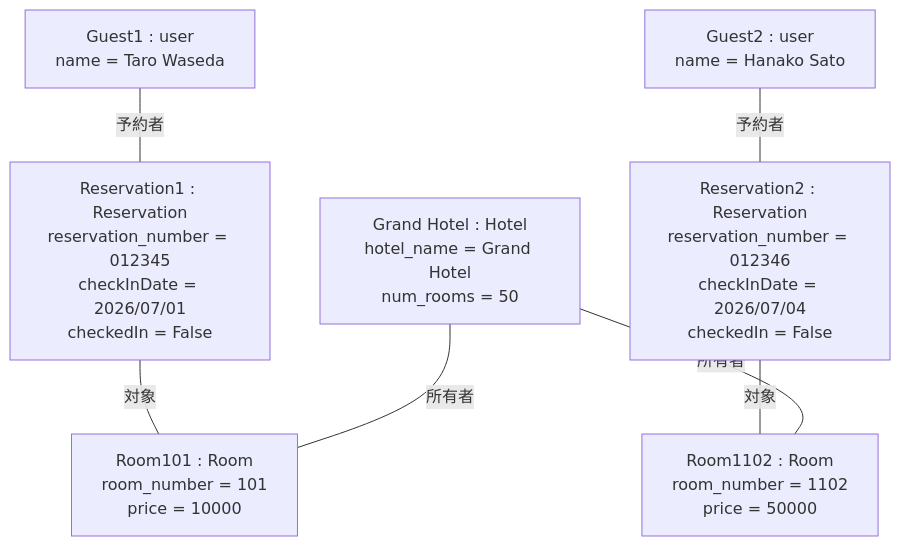
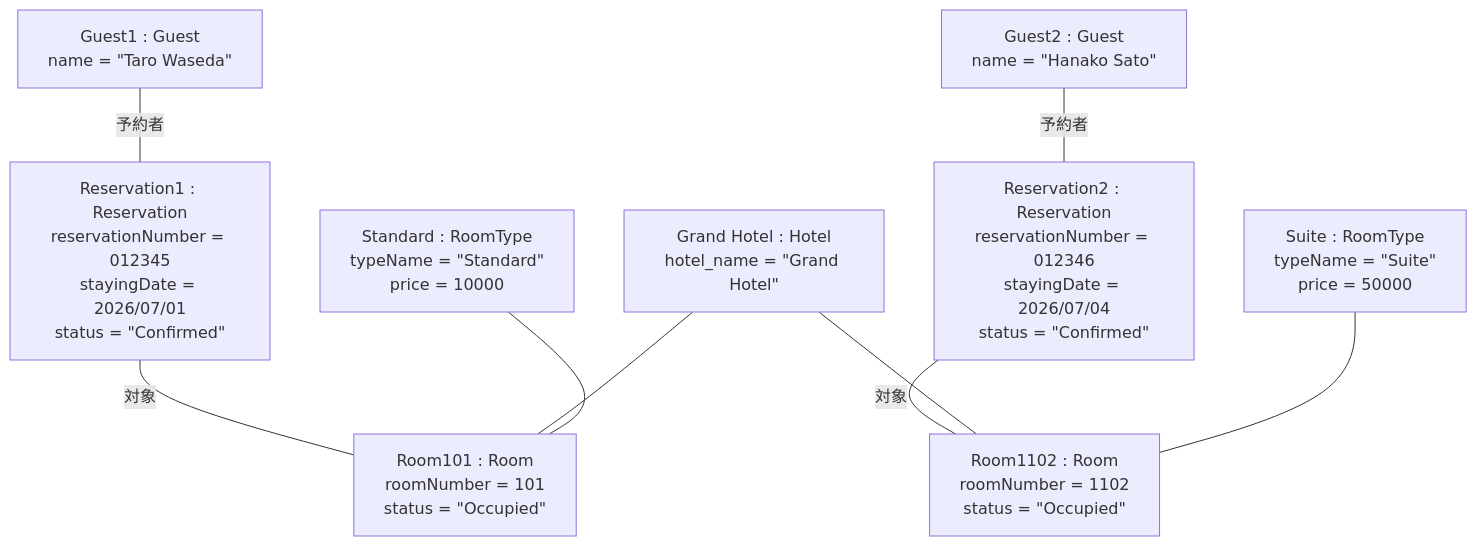
The second of 2 diagrams in Domain_Analysis.md (Kohki-tyl/HRS), drawn with Mermaid before and after one commit. The commit also changed other lines of this file and 1 other file, not shown here.

Commit message:
-RoomTypeとPaymentを追加 -ドメイン分析と要求分析を更新

````diff
--- a/Domain_Analysis.md
+++ b/Domain_Analysis.md
@@ -76,17 +89,27 @@
 ```mermaid
 flowchart TB
-    H["Grand Hotel : Hotel<br/>hotel_name = Grand Hotel<br/>num_rooms = 50"]
-    G1["Guest1 : user<br/>name = Taro Waseda"]
-    G2["Guest2 : user<br/>name = Hanako Sato"]
-    RV1["Reservation1 : Reservation<br/>reservation_number = 012345<br/>checkInDate = 2026/07/01<br/>checkedIn = False" ]
-    RV2["Reservation2 : Reservation<br/>reservation_number = 012346<br/>checkInDate = 2026/07/04<br/>checkedIn = False"]
-    R1["Room101 : Room<br/>room_number = 101<br/>price = 10000"]
-    R2["Room1102 : Room<br/>room_number = 1102<br/>price = 50000"]
+    H["Grand Hotel : Hotel<br/>hotel_name = &quot;Grand Hotel&quot;"]
+    
+    RT1["Standard : RoomType<br/>typeName = &quot;Standard&quot;<br/>price = 10000"]
+    RT2["Suite : RoomType<br/>typeName = &quot;Suite&quot;<br/>price = 50000"]
+
+    G1["Guest1 : Guest<br/>name = &quot;Taro Waseda&quot;"]
+    G2["Guest2 : Guest<br/>name = &quot;Hanako Sato&quot;"]
+    
+    RV1["Reservation1 : Reservation<br/>reservationNumber = 012345<br/>stayingDate = 2026/07/01<br/>status = &quot;Confirmed&quot;" ]
+    RV2["Reservation2 : Reservation<br/>reservationNumber = 012346<br/>stayingDate = 2026/07/04<br/>status = &quot;Confirmed&quot;"]
+    
+    R1["Room101 : Room<br/>roomNumber = 101<br/>status = &quot;Occupied&quot;"]
+    R2["Room1102 : Room<br/>roomNumber = 1102<br/>status = &quot;Occupied&quot;"]
 
     G1 ---|予約者| RV1
     G2 ---|予約者| RV2
     RV1 ---|対象| R1
     RV2 ---|対象| R2
-    H ---|所有者| R1
-    H ---|所有者| R2
+    
+    H --- R1
+    H --- R2
+    
+    RT1 --- R1
+    RT2 --- R2
 ```
````
